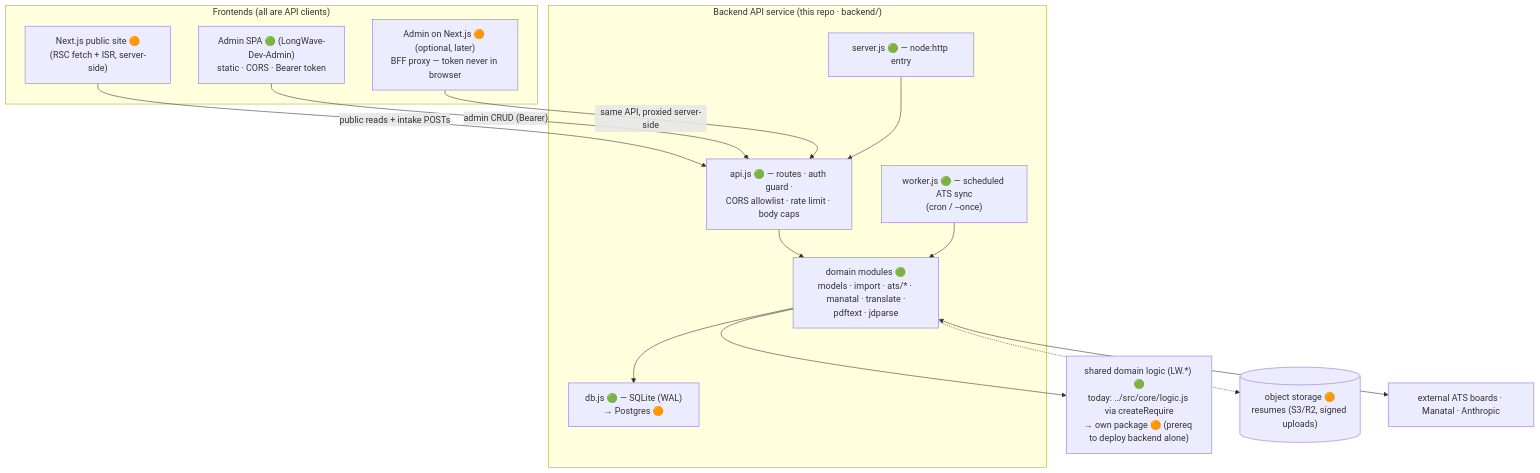
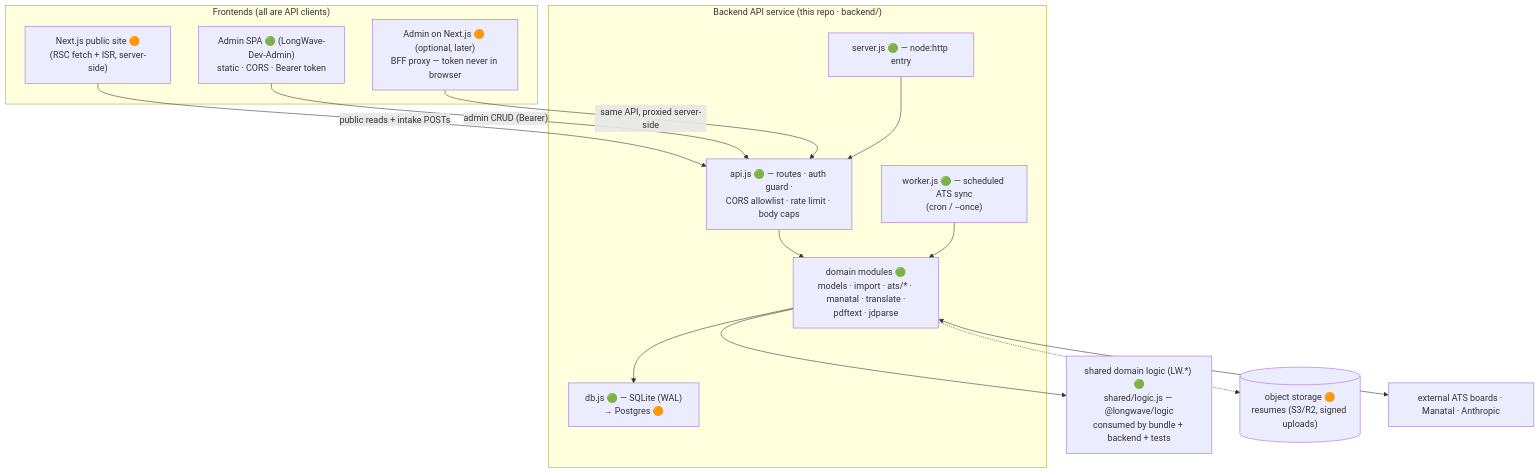
Before and after one commit to LongWave-Engineering/LongWave-Dev-POC: the first of 3 diagrams in docs/BACKEND-ARCHITECTURE.md, drawn with Mermaid. The commit also changed other lines of this file and 13 other files, not shown here.

First line of the commit message:
refactor: lift shared LW domain logic into shared/ (@longwave/logic)

````diff
--- a/docs/BACKEND-ARCHITECTURE.md
+++ b/docs/BACKEND-ARCHITECTURE.md
@@ -35,29 +35,29 @@
 ```mermaid
 flowchart TB
     subgraph clients["Frontends (all are API clients)"]
         next["Next.js public site 🟠<br/>(RSC fetch + ISR, server-side)"]
         admin["Admin SPA 🟢 (LongWave-Dev-Admin)<br/>static · CORS · Bearer token"]
         adminNext["Admin on Next.js 🟠 (optional, later)<br/>BFF proxy — token never in browser"]
     end
 
     subgraph svc["Backend API service (this repo · backend/)"]
         http["server.js 🟢 — node:http entry"]
         router["api.js 🟢 — routes · auth guard ·<br/>CORS allowlist · rate limit · body caps"]
         domain["domain modules 🟢<br/>models · import · ats/* · manatal · translate ·<br/>pdftext · jdparse"]
         data["db.js 🟢 — SQLite (WAL)<br/>→ Postgres 🟠"]
         worker["worker.js 🟢 — scheduled ATS sync<br/>(cron / --once)"]
     end
 
-    shared["shared domain logic (LW.*) 🟢<br/>today: ../src/core/logic.js via createRequire<br/>→ own package 🟠 (prereq to deploy backend alone)"]
+    shared["shared domain logic (LW.*) 🟢<br/>shared/logic.js — @longwave/logic<br/>consumed by bundle + backend + tests"]
     store[("object storage 🟠<br/>resumes (S3/R2, signed uploads)")]
     ext["external ATS boards · Manatal · Anthropic"]
 
     next -->|"public reads + intake POSTs"| router
     admin -->|"admin CRUD (Bearer)"| router
     adminNext -->|"same API, proxied server-side"| router
     http --> router --> domain --> data
     worker --> domain
     domain --> shared
     domain <--> ext
     domain -.-> store
 ```
````
